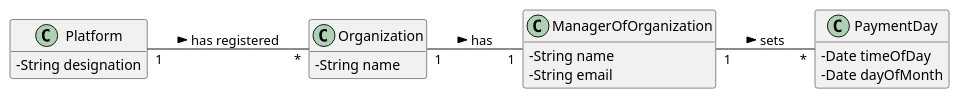
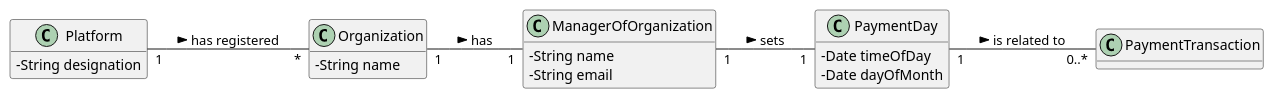
One commit to pedrolemos4/LAPR2 changed the diagram in docs/UC5 - Set Day of Payment/UC5_MD.puml. Above: the diagram before and after it, drawn with PlantUML. The commit also changed 1 other file, not shown here.

```diff
--- a/docs/UC5 - Set Day of Payment/UC5_MD.puml
+++ b/docs/UC5 - Set Day of Payment/UC5_MD.puml
@@ -1,27 +1,32 @@
 @startuml
 skinparam classAttributeIconSize 0
 hide methods
 left to right direction
 
 class Platform {
   -String designation
 }
 
 class ManagerOfOrganization {
   -String name
   -String email
 }
 
 class Organization {
   -String name
 }
 
 class PaymentDay {
   -Date timeOfDay
   -Date dayOfMonth
 }
 
+class PaymentTransaction {
+}  
+
 Platform "1" -- "*" Organization : has registered >
 Organization "1" -- "1" ManagerOfOrganization : has >
-ManagerOfOrganization "1" -- "*" PaymentDay : sets >
+ManagerOfOrganization "1" -- "1" PaymentDay : sets >
+PaymentDay "1" -- "0..*" PaymentTransaction : is related to >
+
 @enduml
```
